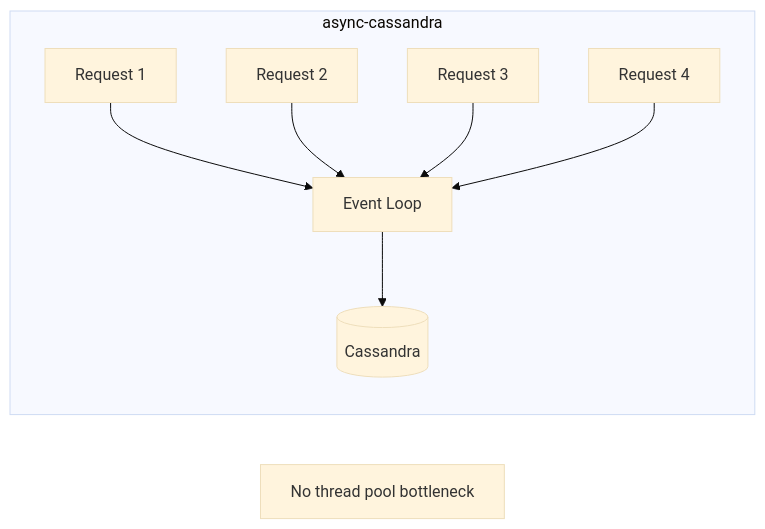
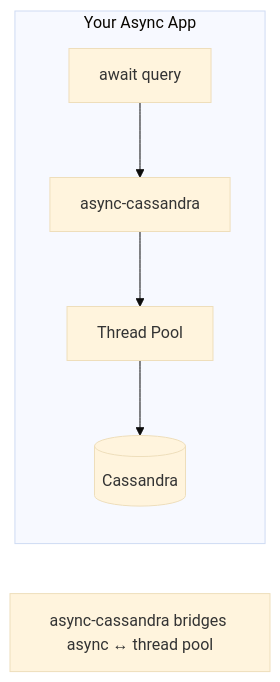
One commit to axonops/async-python-cassandra changed the diagram in docs/performance.md. Above: the diagram before and after it, drawn with Mermaid (base theme). The commit also changed other lines of this file and 7 other files, not shown here.

````diff
--- a/docs/performance.md
+++ b/docs/performance.md
@@ -37,13 +31,10 @@
 ```mermaid
 graph LR
-    subgraph "async-cassandra"
-        A[Request 1] --> EL[Event Loop]
-        B[Request 2] --> EL
-        C[Request 3] --> EL
-        D[Request 4] --> EL
-        
-        EL --> DB[(Cassandra)]
+    subgraph "Your Async App"
+        A[await query] --> W[async-cassandra]
+        W --> TP[Thread Pool]
+        TP --> DB[(Cassandra)]
     end
     
-    Note[No thread pool bottleneck]
+    Note[async-cassandra bridges async ↔ thread pool]
 ```
````
